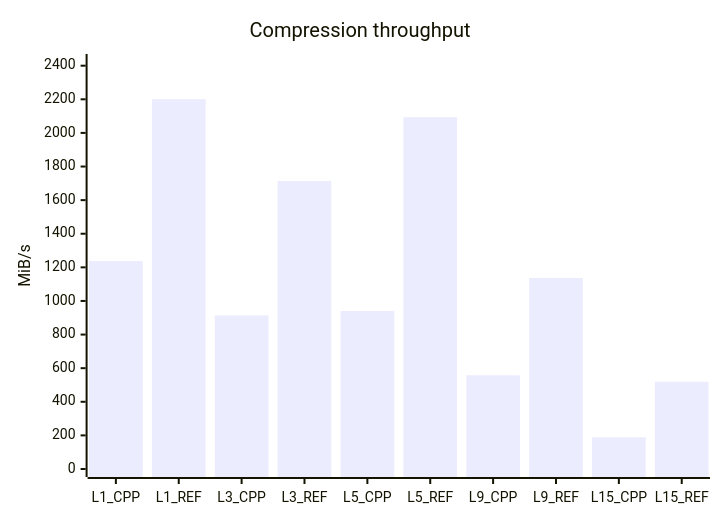
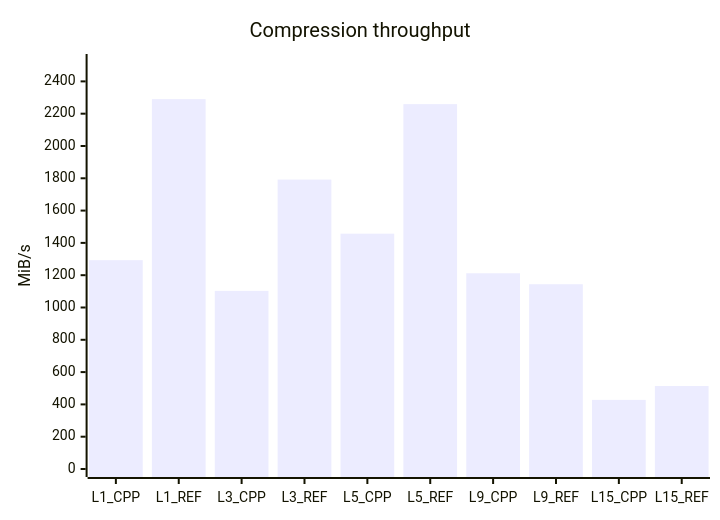
The second of 7 diagrams in README.md (mheyman/zstdpp), drawn with Mermaid before and after one commit. The commit also changed other lines of this file and 4 other files, not shown here.

````diff
--- a/README.md
+++ b/README.md
@@ -152,7 +152,7 @@
 ```mermaid
 xychart-beta
     title "Compression throughput"
     x-axis [L1_CPP, L1_REF, L3_CPP, L3_REF, L5_CPP, L5_REF, L9_CPP, L9_REF, L15_CPP, L15_REF]
-    y-axis "MiB/s" 0 --> 2422
-    bar [1238, 2201, 914, 1714, 940, 2094, 558, 1137, 189, 519]
+    y-axis "MiB/s" 0 --> 2520
+    bar [1293, 2290, 1103, 1792, 1457, 2259, 1212, 1144, 428, 514]
 ```
````
